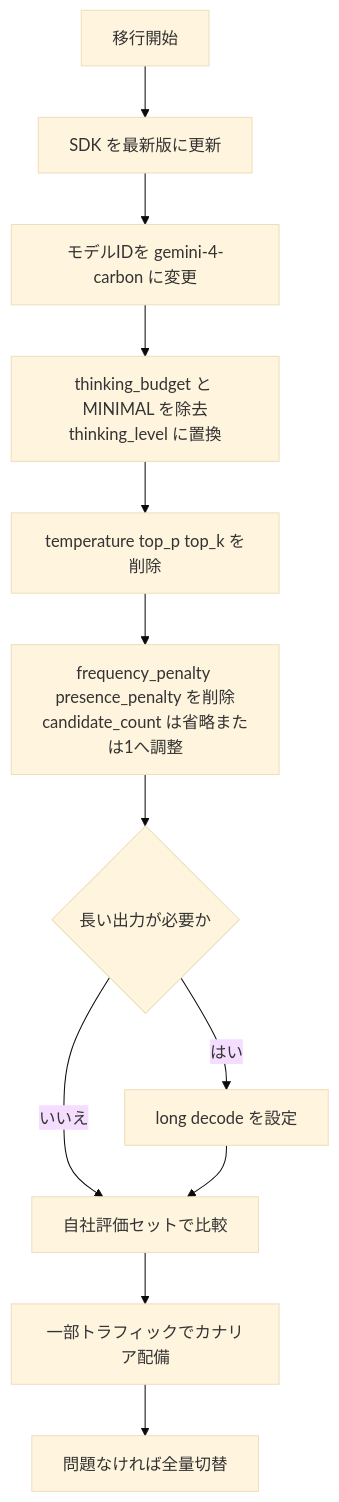
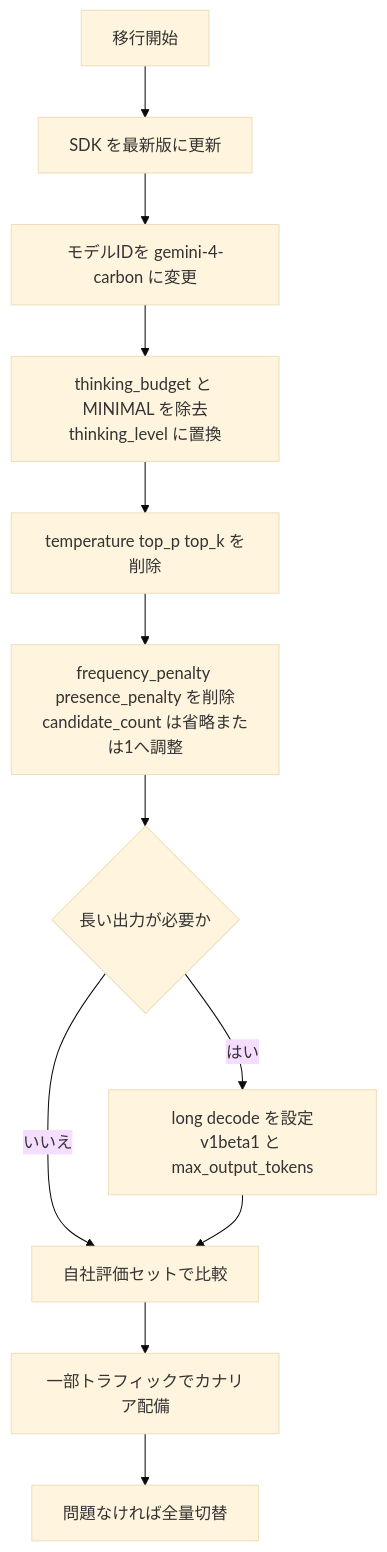
Before and after one commit to myoshi2891/Comparison-of-LLMs: the sixth of 9 diagrams in Gemini-4-carbon-guide.md, drawn with Mermaid (base theme). The commit also changed other lines of this file, not shown here.

Commit message:
docs(google): document Carbon long decode steps and global pricing scope

````diff
--- a/Gemini-4-carbon-guide.md
+++ b/Gemini-4-carbon-guide.md
@@ -373,14 +375,14 @@
 ```mermaid
 flowchart TD
     S["移行開始"] --> SDK["SDK を最新版に更新"]
     SDK --> ID["モデルIDを gemini-4-carbon に変更"]
     ID --> TB["thinking_budget と MINIMAL を除去<br/>thinking_level に置換"]
     TB --> SP["temperature top_p top_k を削除"]
     SP --> NP["frequency_penalty presence_penalty を削除<br/>candidate_count は省略または1へ調整"]
     NP --> LD{"長い出力が必要か"}
-    LD -- "はい" --> LDON["long decode を設定"]
+    LD -- "はい" --> LDON["long decode を設定<br/>v1beta1 と max_output_tokens"]
     LD -- "いいえ" --> EV
     LDON --> EV["自社評価セットで比較"]
     EV --> CAN["一部トラフィックでカナリア配備"]
     CAN --> FULL["問題なければ全量切替"]
 ```
````
